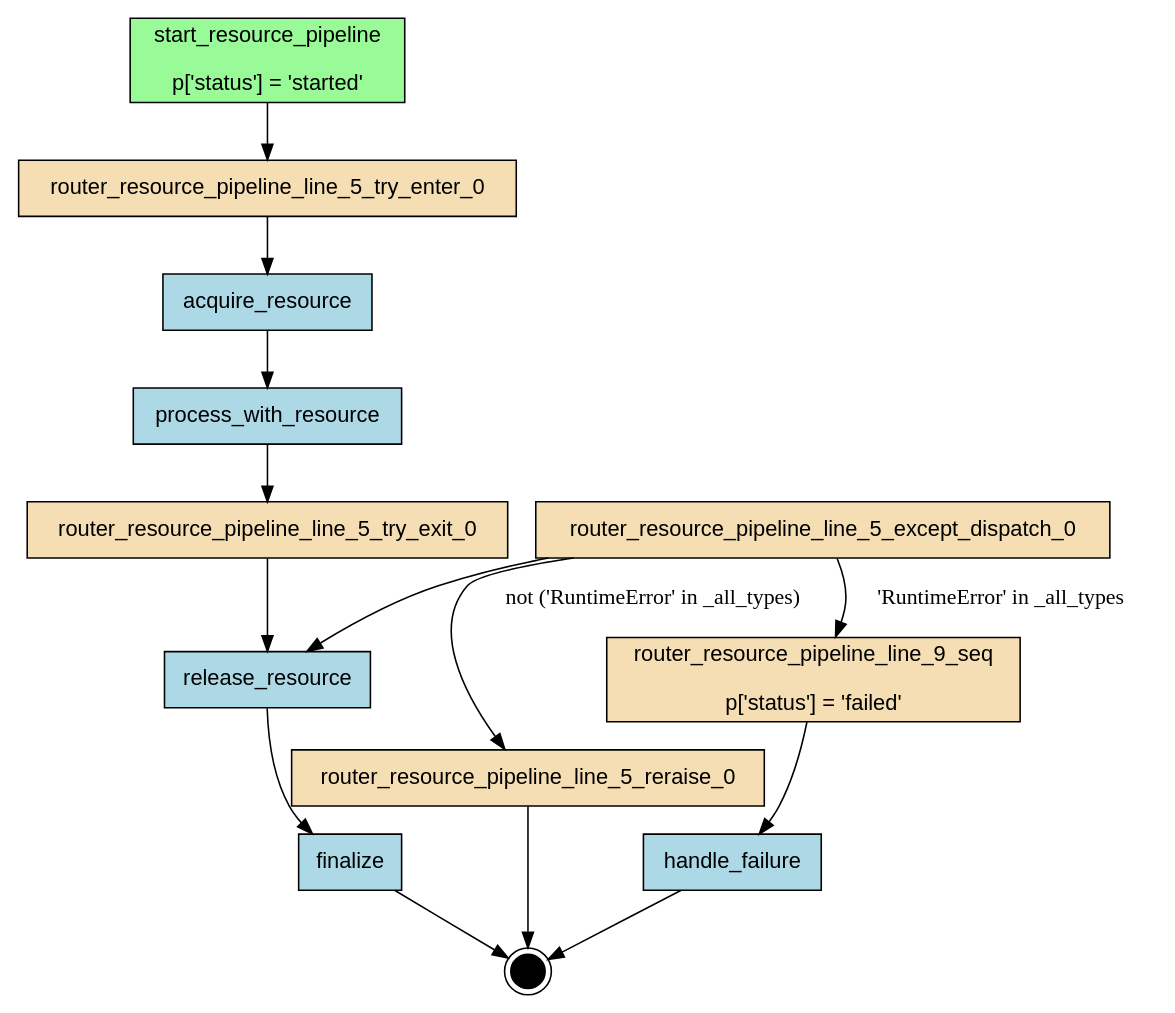
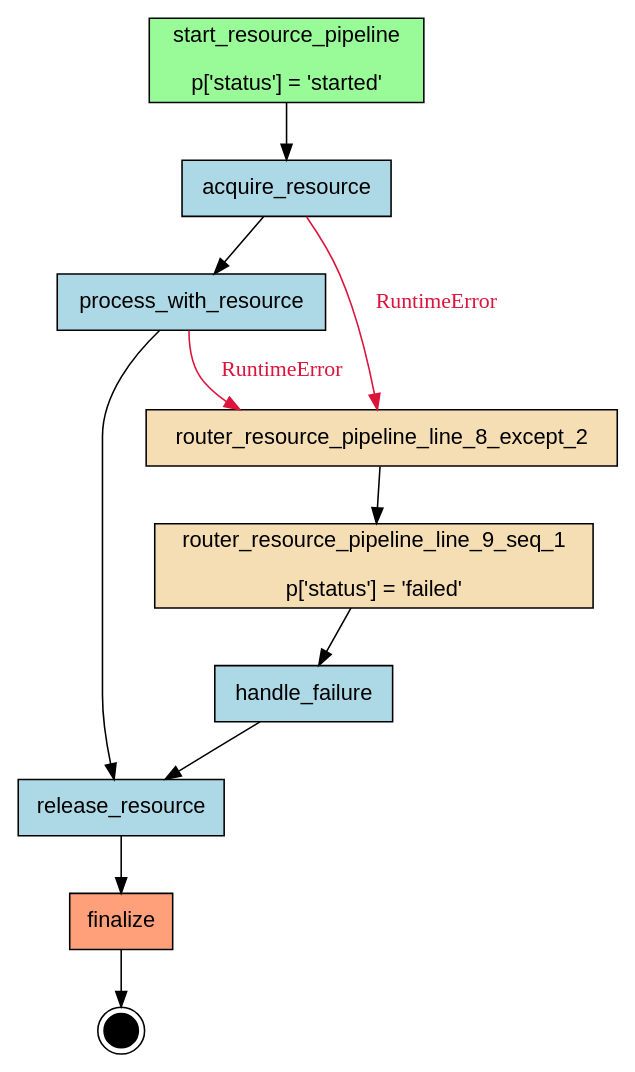
The diagram in examples/flows/compiled/try_except_finally/flow.dot (deliveryhero/asya), drawn with Graphviz before and after one commit. The commit also changed 39 other files, not shown here.

First line of the commit message:
chore: enable try/except flow compilation in pre-commit hook

```diff
--- a/examples/flows/compiled/try_except_finally/flow.dot
+++ b/examples/flows/compiled/try_except_finally/flow.dot
@@ -1,34 +1,28 @@
-digraph "try_except_finally" {
+digraph "resource_pipeline" {
     rankdir=TB;
     node [shape=box, style=filled, fontname="Helvetica"];
 
     { rank=source; start_resource_pipeline; }
 
     acquire_resource [label="acquire_resource", fillcolor=lightblue];
-    finalize [label="finalize", fillcolor=lightblue];
+    finalize [label="finalize", fillcolor=lightsalmon];
     handle_failure [label="handle_failure", fillcolor=lightblue];
     process_with_resource [label="process_with_resource", fillcolor=lightblue];
     release_resource [label="release_resource", fillcolor=lightblue];
-    router_resource_pipeline_line_5_except_dispatch_0 [label="router_resource_pipeline_line_5_except_dispatch_0", fillcolor=wheat];
-    router_resource_pipeline_line_5_reraise_0 [label="router_resource_pipeline_line_5_reraise_0", fillcolor=wheat];
-    router_resource_pipeline_line_5_try_enter_0 [label="router_resource_pipeline_line_5_try_enter_0", fillcolor=wheat];
-    router_resource_pipeline_line_5_try_exit_0 [label="router_resource_pipeline_line_5_try_exit_0", fillcolor=wheat];
-    router_resource_pipeline_line_9_seq [label="router_resource_pipeline_line_9_seq\n\np['status'] = 'failed'", fillcolor=wheat];
+    router_resource_pipeline_line_8_except_2 [label="router_resource_pipeline_line_8_except_2", fillcolor=wheat];
+    router_resource_pipeline_line_9_seq_1 [label="router_resource_pipeline_line_9_seq_1\n\np['status'] = 'failed'", fillcolor=wheat];
     start_resource_pipeline [label="start_resource_pipeline\n\np['status'] = 'started'", fillcolor=palegreen];
 
     __end__ [label="", shape=doublecircle, fillcolor=black, width=0.3, fixedsize=true];
 
-    start_resource_pipeline -> router_resource_pipeline_line_5_try_enter_0;
-    router_resource_pipeline_line_9_seq -> handle_failure;
-    router_resource_pipeline_line_5_try_enter_0 -> acquire_resource;
+    start_resource_pipeline -> acquire_resource;
     acquire_resource -> process_with_resource;
-    process_with_resource -> router_resource_pipeline_line_5_try_exit_0;
-    router_resource_pipeline_line_5_try_exit_0 -> release_resource;
+    process_with_resource -> release_resource;
     release_resource -> finalize;
-    router_resource_pipeline_line_5_except_dispatch_0 -> release_resource;
-    router_resource_pipeline_line_5_except_dispatch_0 -> router_resource_pipeline_line_9_seq [label="'RuntimeError' in _all_types"];
-    router_resource_pipeline_line_5_except_dispatch_0 -> router_resource_pipeline_line_5_reraise_0 [label="not ('RuntimeError' in _all_types)"];
+    router_resource_pipeline_line_9_seq_1 -> handle_failure;
+    router_resource_pipeline_line_8_except_2 -> router_resource_pipeline_line_9_seq_1;
+    acquire_resource -> router_resource_pipeline_line_8_except_2 [label="RuntimeError", color="#DC143C", fontcolor="#DC143C"];
+    process_with_resource -> router_resource_pipeline_line_8_except_2 [label="RuntimeError", color="#DC143C", fontcolor="#DC143C"];
+    handle_failure -> release_resource;
     finalize -> __end__;
-    handle_failure -> __end__;
-    router_resource_pipeline_line_5_reraise_0 -> __end__;
 }
```
